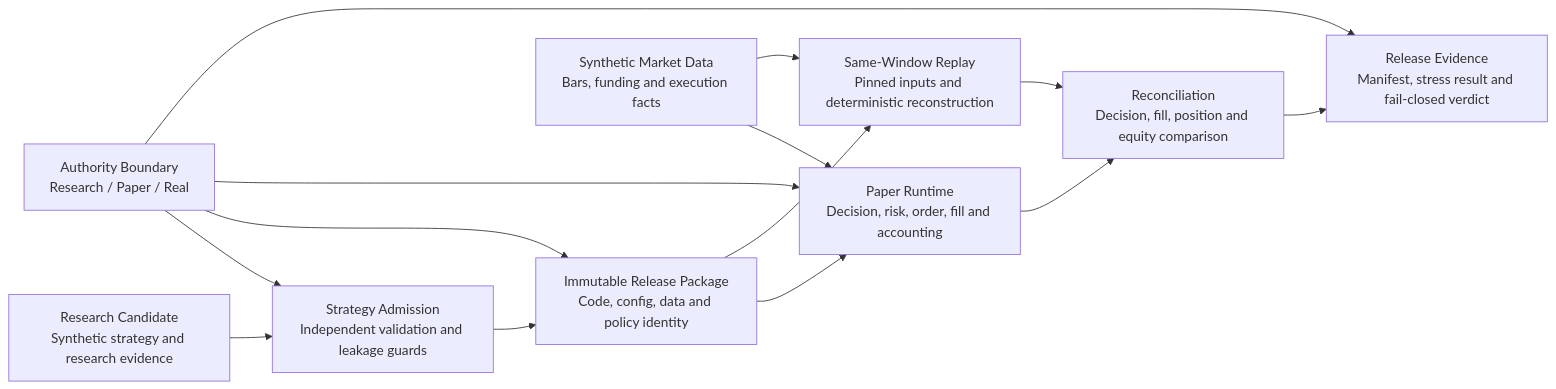
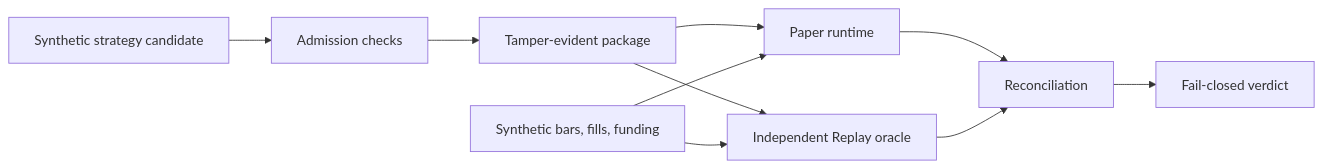
The diagram in README.md (Derrickxxm/quantengine-public), drawn with Mermaid before and after one commit. The commit also changed other lines of this file and 29 other files, not shown here.

````diff
--- a/README.md
+++ b/README.md
@@ -36,21 +17,12 @@
 ```mermaid
 flowchart LR
-    A["Research Candidate<br/>Synthetic strategy and research evidence"]
-    B["Strategy Admission<br/>Independent validation and leakage guards"]
-    C["Immutable Release Package<br/>Code, config, data and policy identity"]
-    D["Paper Runtime<br/>Decision, risk, order, fill and accounting"]
-    E["Same-Window Replay<br/>Pinned inputs and deterministic reconstruction"]
-    F["Reconciliation<br/>Decision, fill, position and equity comparison"]
-    G["Release Evidence<br/>Manifest, stress result and fail-closed verdict"]
-    H["Synthetic Market Data<br/>Bars, funding and execution facts"]
-    I["Authority Boundary<br/>Research / Paper / Real"]
-
-    A --> B --> C --> D --> F --> G
-    C --> E --> F
-    H --> D
-    H --> E
-    I --> B
-    I --> C
-    I --> D
-    I --> G
+    A["Synthetic strategy candidate"] --> B["Admission checks"]
+    B --> C["Tamper-evident package"]
+    C --> D["Paper runtime"]
+    C --> E["Independent Replay oracle"]
+    F["Synthetic bars, fills, funding"] --> D
+    F --> E
+    D --> G["Reconciliation"]
+    E --> G
+    G --> H["Fail-closed verdict"]
 ```
````
